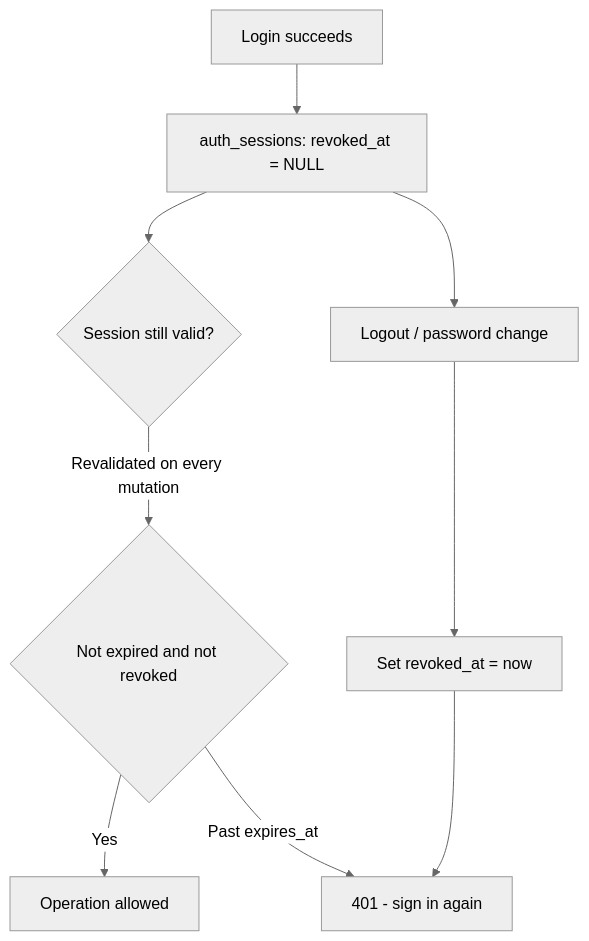
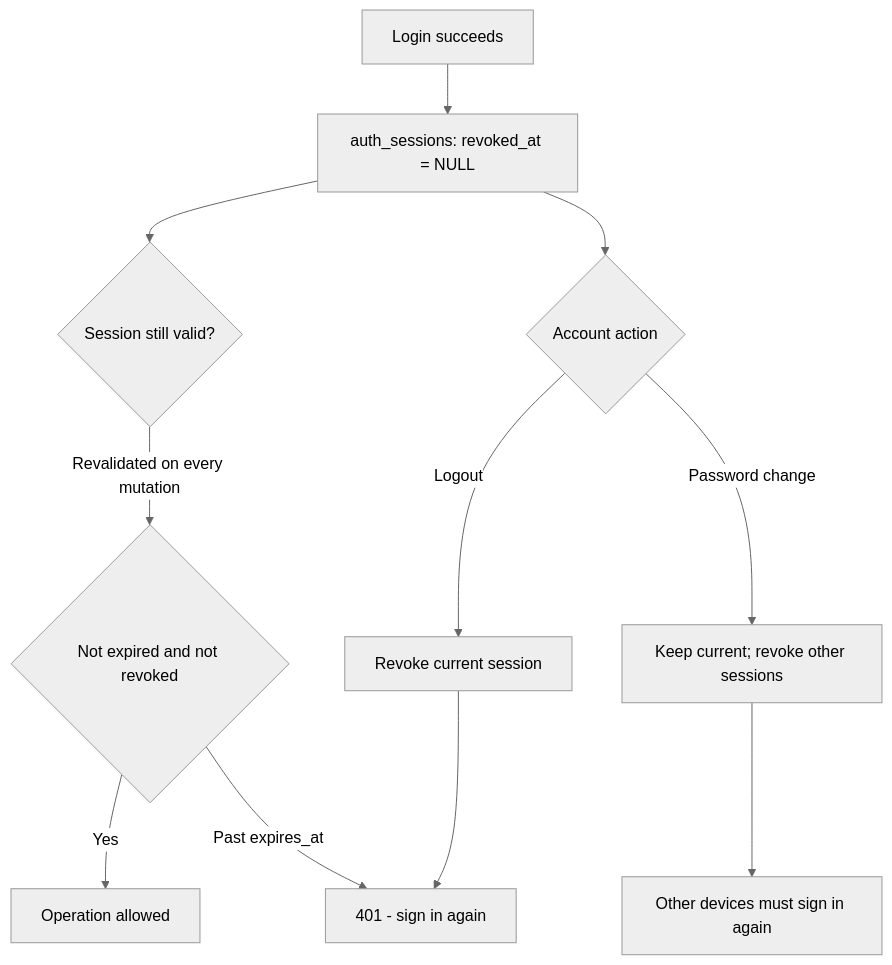
The second of 2 diagrams in docs/features/01-accounts-auth.md (Walker-mfj/TodoCal), drawn with Mermaid (neutral theme) before and after one commit. The commit also changed other lines of this file and 16 other files, not shown here.

````diff
--- a/docs/features/01-accounts-auth.md
+++ b/docs/features/01-accounts-auth.md
@@ -53,11 +53,13 @@
 ```mermaid
 flowchart TD
     A[Login succeeds] --> B[auth_sessions: revoked_at = NULL]
     B --> C{Session still valid?}
     C -->|Revalidated on every mutation| D{Not expired and not revoked}
     D -->|Yes| E[Operation allowed]
     D -->|Past expires_at| F[401 - sign in again]
-    B --> G[Logout / password change]
-    G --> H[Set revoked_at = now]
+    B --> G{Account action}
+    G -->|Logout| H[Revoke current session]
+    G -->|Password change| I[Keep current; revoke other sessions]
     H --> F
+    I --> J[Other devices must sign in again]
 ```
````
